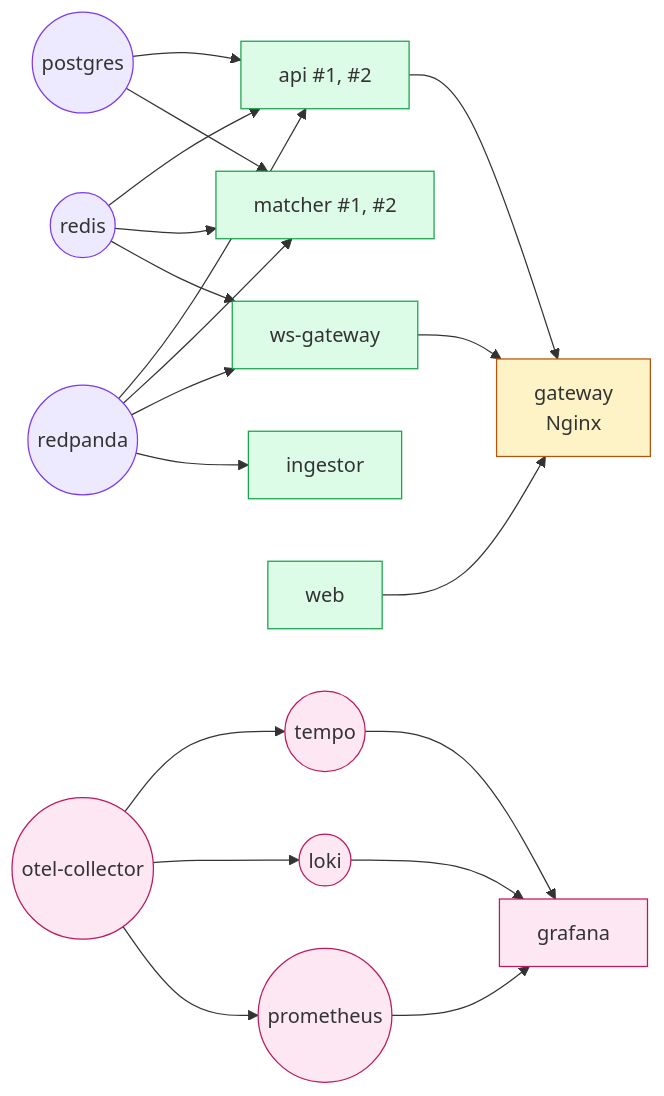
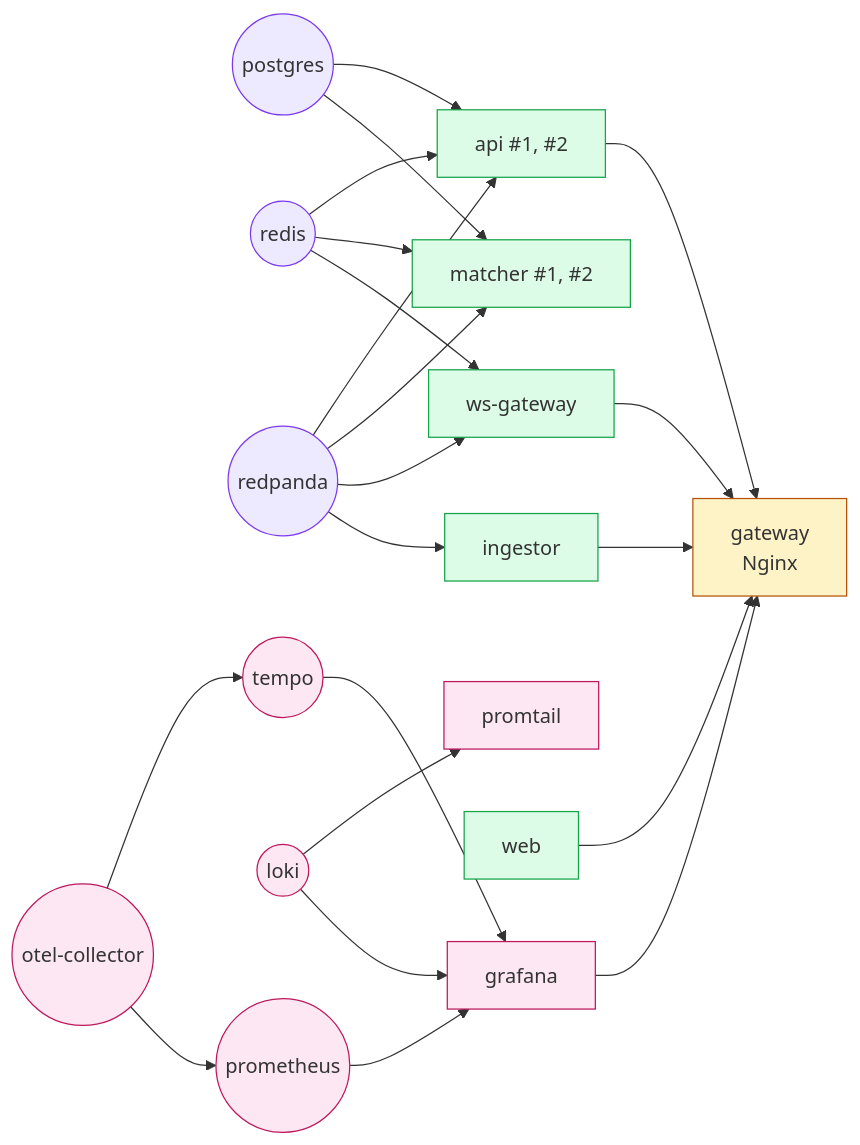
Before and after one commit to nmime/ride-hailing-iut: the third of 6 diagrams in docs/architecture.md, drawn with Mermaid. The commit also changed other lines of this file and 12 other files, not shown here.

````diff
--- a/docs/architecture.md
+++ b/docs/architecture.md
@@ -130,48 +131,51 @@
 ```mermaid
 flowchart LR
   postgres((postgres)):::store
   redis((redis)):::store
   redpanda((redpanda)):::store
   otel((otel-collector)):::obs
+  promtail[promtail]:::obs
 
   api[api #1, #2]:::svc
   matcher[matcher #1, #2]:::svc
   wsg[ws-gateway]:::svc
   ingestor[ingestor]:::svc
   web[web]:::svc
   gateway[gateway<br/>Nginx]:::edge
 
   prometheus((prometheus)):::obs
   loki((loki)):::obs
   tempo((tempo)):::obs
   grafana[grafana]:::obs
 
   postgres --> api
   redis    --> api
   redpanda --> api
 
   redpanda --> matcher
   redis    --> matcher
   postgres --> matcher
 
   redpanda --> wsg
   redis    --> wsg
 
   redpanda --> ingestor
 
   api --> gateway
   web --> gateway
   wsg --> gateway
+  ingestor --> gateway
+  grafana --> gateway
 
   otel --> tempo
-  otel --> loki
   otel --> prometheus
+  loki --> promtail
   prometheus --> grafana
   loki       --> grafana
   tempo      --> grafana
 
   classDef edge   fill:#fef3c7,stroke:#b45309;
   classDef svc    fill:#dcfce7,stroke:#16a34a;
   classDef store  fill:#ede9fe,stroke:#7c3aed;
   classDef obs    fill:#fce7f3,stroke:#be185d;
 ```
````
